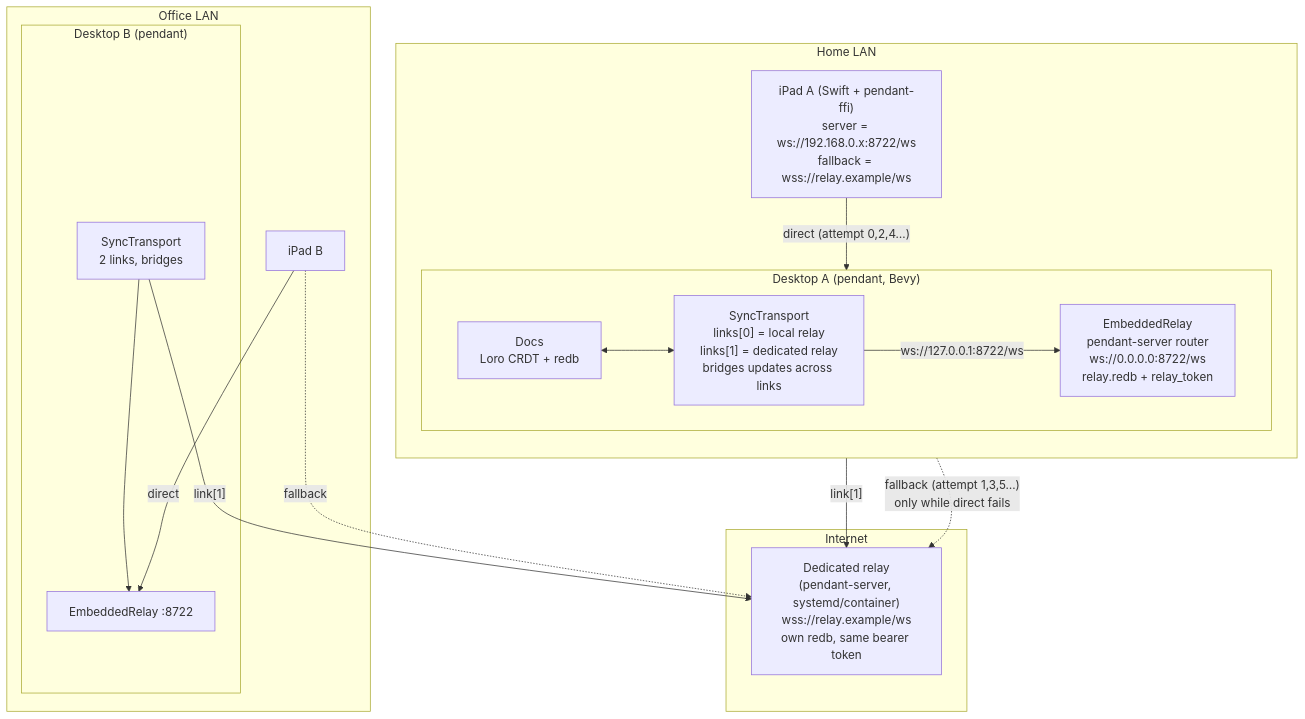
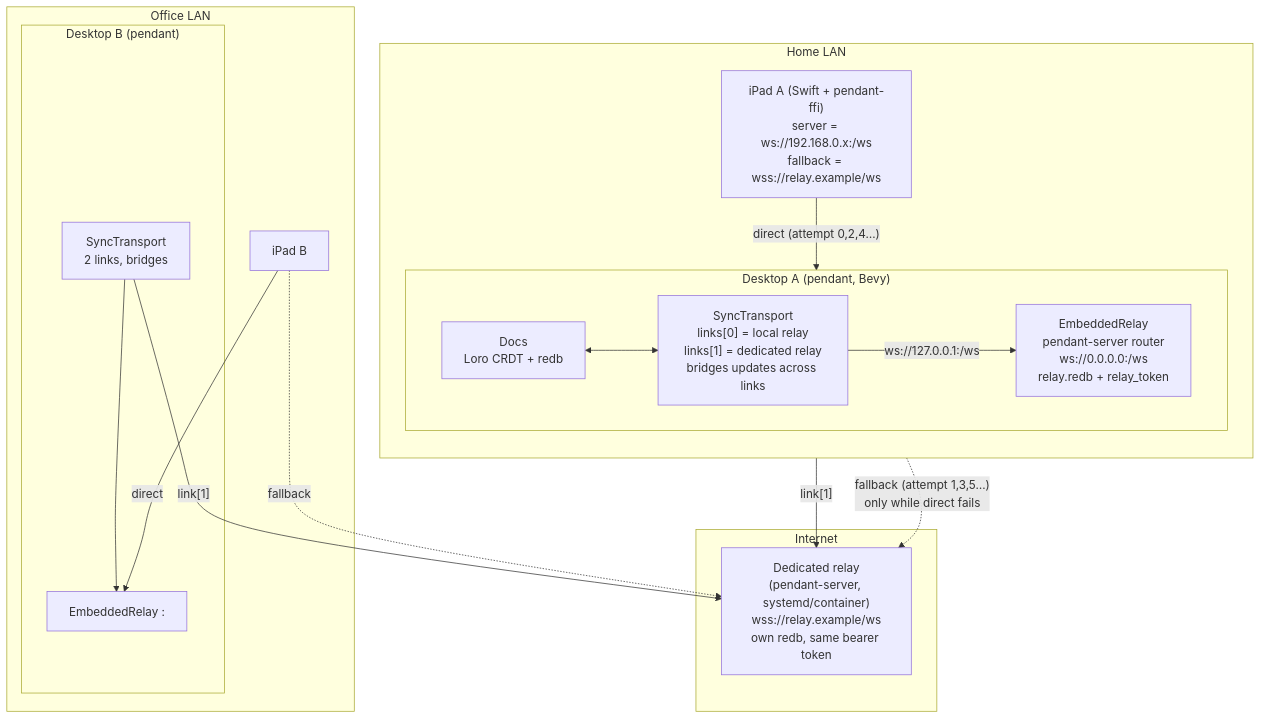
One commit to uttarayan21/krabink changed the first of 4 diagrams in docs/architecture.md. Above: the diagram before and after it, drawn with Mermaid. The commit also changed other lines of this file and 8 other files, not shown here.

````diff
--- a/docs/architecture.md
+++ b/docs/architecture.md
@@ -10,35 +10,35 @@
 ```mermaid
 flowchart TB
     subgraph LAN_A["Home LAN"]
         direction TB
         subgraph DA["Desktop A (pendant, Bevy)"]
             direction LR
             DA_docs["Docs\nLoro CRDT + redb"]
             DA_sync["SyncTransport\nlinks[0] = local relay\nlinks[1] = dedicated relay\nbridges updates across links"]
-            DA_relay["EmbeddedRelay\npendant-server router\nws://0.0.0.0:8722/ws\nrelay.redb + relay_token"]
+            DA_relay["EmbeddedRelay\npendant-server router\nws://0.0.0.0:<ephemeral>/ws\nrelay.redb + relay_token"]
             DA_docs <--> DA_sync
-            DA_sync -- "ws://127.0.0.1:8722/ws" --> DA_relay
+            DA_sync -- "ws://127.0.0.1:<ephemeral>/ws" --> DA_relay
         end
-        IPAD_A["iPad A (Swift + pendant-ffi)\nserver = ws://192.168.0.x:8722/ws\nfallback = wss://relay.example/ws"]
+        IPAD_A["iPad A (Swift + pendant-ffi)\nserver = ws://192.168.0.x:<port>/ws\nfallback = wss://relay.example/ws"]
         IPAD_A -- "direct (attempt 0,2,4…)" --> DA_relay
     end
 
     subgraph WAN["Internet"]
         DR["Dedicated relay\n(pendant-server, systemd/container)\nwss://relay.example/ws\nown redb, same bearer token"]
     end
 
     subgraph LAN_B["Office LAN"]
         subgraph DB["Desktop B (pendant)"]
-            DB_relay["EmbeddedRelay :8722"]
+            DB_relay["EmbeddedRelay :<ephemeral>"]
             DB_sync["SyncTransport\n2 links, bridges"]
             DB_sync --> DB_relay
         end
         IPAD_B["iPad B"]
         IPAD_B -- direct --> DB_relay
     end
 
     DA_sync -- "link[1]" --> DR
     DB_sync -- "link[1]" --> DR
     IPAD_A -. "fallback (attempt 1,3,5…)\nonly while direct fails" .-> DR
     IPAD_B -. fallback .-> DR
 ```
````
